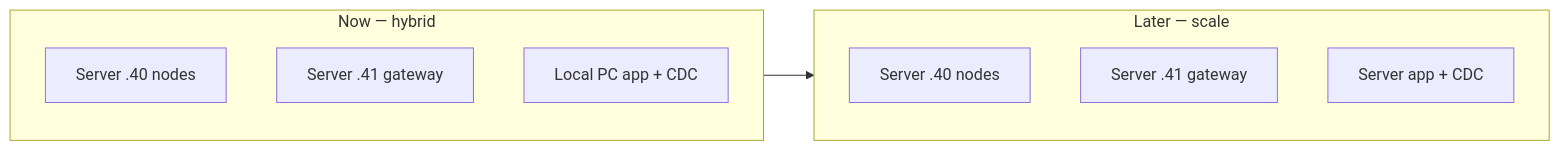
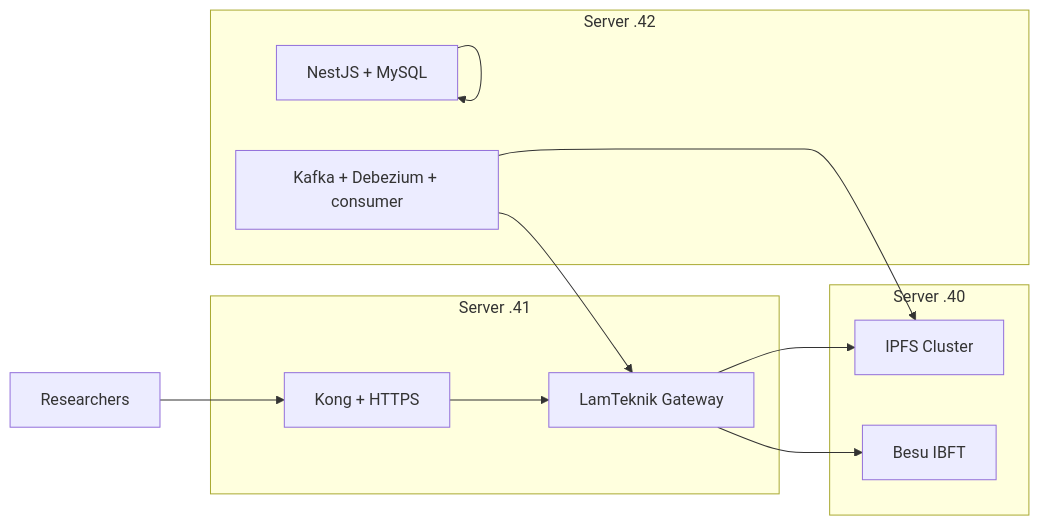
The first of 2 diagrams in context/revamp-system-plan.md (DeITdev/lamteknik-blockchain), drawn with Mermaid before and after one commit. The commit also changed other lines of this file and 4 other files, not shown here.

````diff
--- a/context/revamp-system-plan.md
+++ b/context/revamp-system-plan.md
@@ -27,18 +32,25 @@
 ```mermaid
 flowchart LR
-  subgraph now [Now — hybrid]
-    direction TB
-    S40[Server .40 nodes]
-    S41[Server .41 gateway]
-    Local[Local PC app + CDC]
+  subgraph vm40 [Server .40]
+    Besu[Besu IBFT]
+    IPFS[IPFS Cluster]
   end
 
-  subgraph later [Later — scale]
-    direction TB
-    S40b[Server .40 nodes]
-    S41b[Server .41 gateway]
-    S42[Server app + CDC]
+  subgraph vm41 [Server .41]
+    Kong[Kong + HTTPS]
+    GW[LamTeknik Gateway]
+    Kong --> GW
   end
 
-  now --> later
+  subgraph vm42 [Server .42]
+    App[NestJS + MySQL]
+    CDC[Kafka + Debezium + consumer]
+  end
+
+  Researchers[Researchers] --> Kong
+  CDC --> GW
+  CDC --> IPFS
+  GW --> Besu
+  GW --> IPFS
+  App --> App
 ```
````
